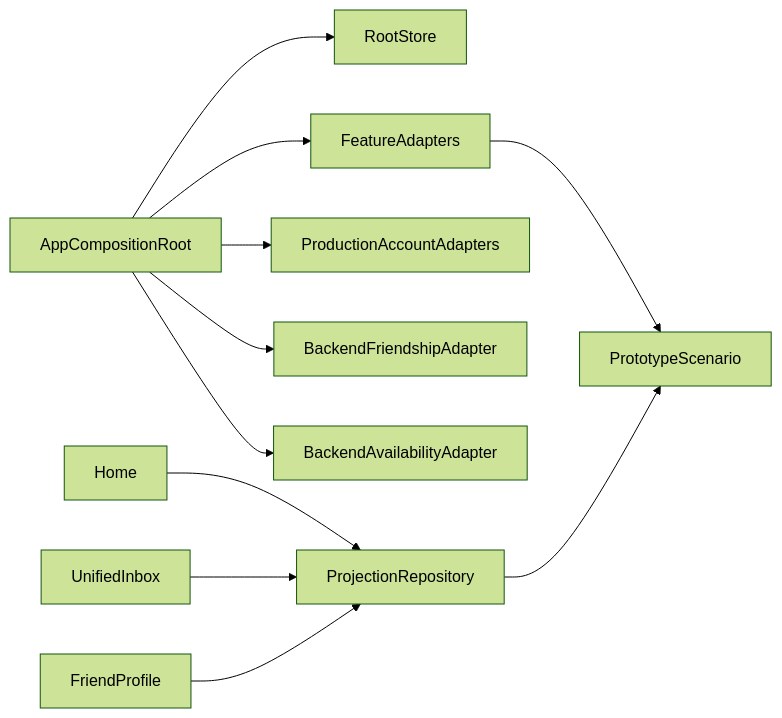
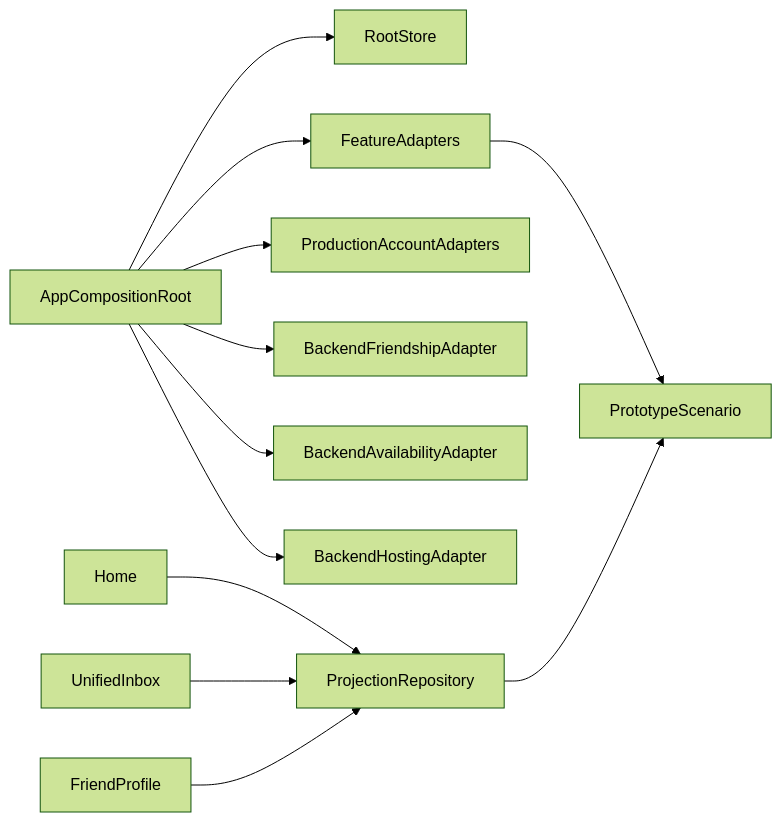
The diagram in .kiro/specs/ios-app-integration/design.md (beyond-labo/free-time-matching), drawn with Mermaid (forest theme) before and after one commit. The commit also changed other lines of this file and 82 other files, not shown here.

````diff
--- a/.kiro/specs/ios-app-integration/design.md
+++ b/.kiro/specs/ios-app-integration/design.md
@@ -48,13 +48,14 @@
 ```mermaid
 graph LR
     AppCompositionRoot --> RootStore
     AppCompositionRoot --> FeatureAdapters
     AppCompositionRoot --> ProductionAccountAdapters
     AppCompositionRoot --> BackendFriendshipAdapter
     AppCompositionRoot --> BackendAvailabilityAdapter
+    AppCompositionRoot --> BackendHostingAdapter
     FeatureAdapters --> PrototypeScenario
     ProjectionRepository --> PrototypeScenario
     Home --> ProjectionRepository
     UnifiedInbox --> ProjectionRepository
     FriendProfile --> ProjectionRepository
 ```
````
